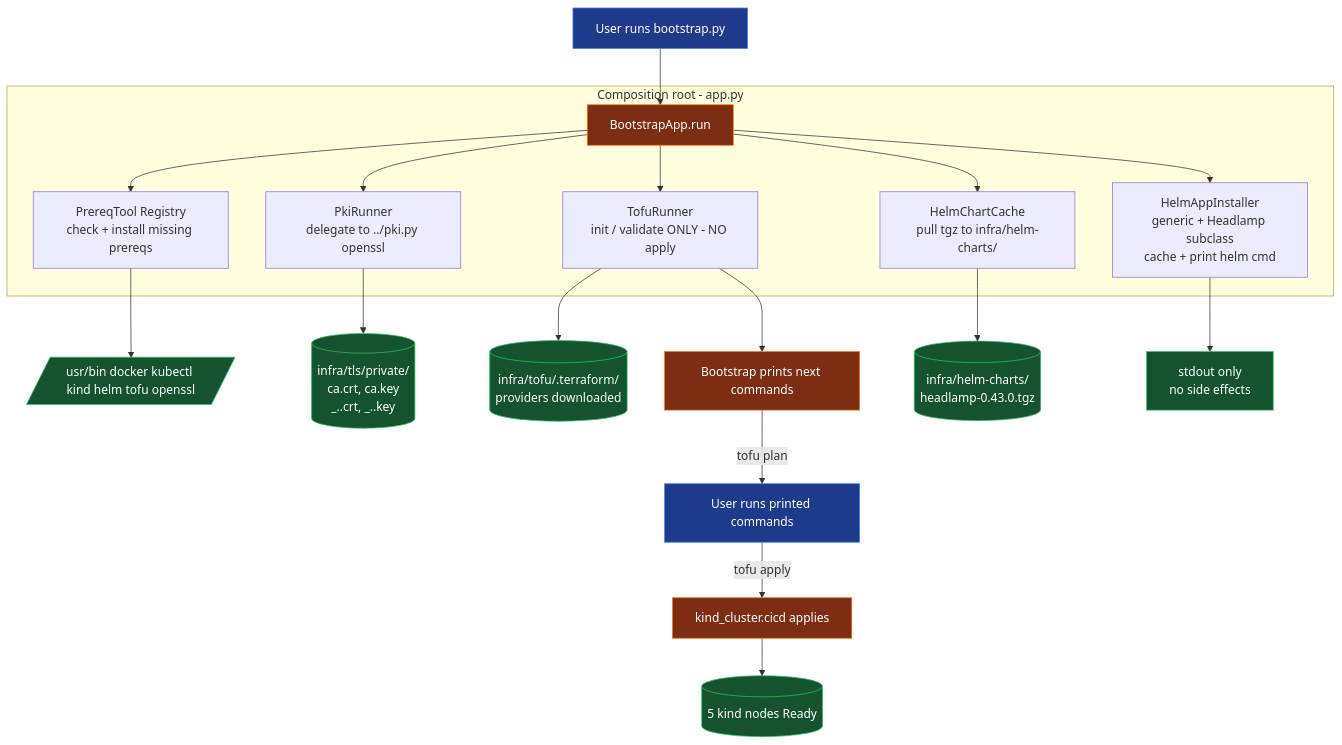
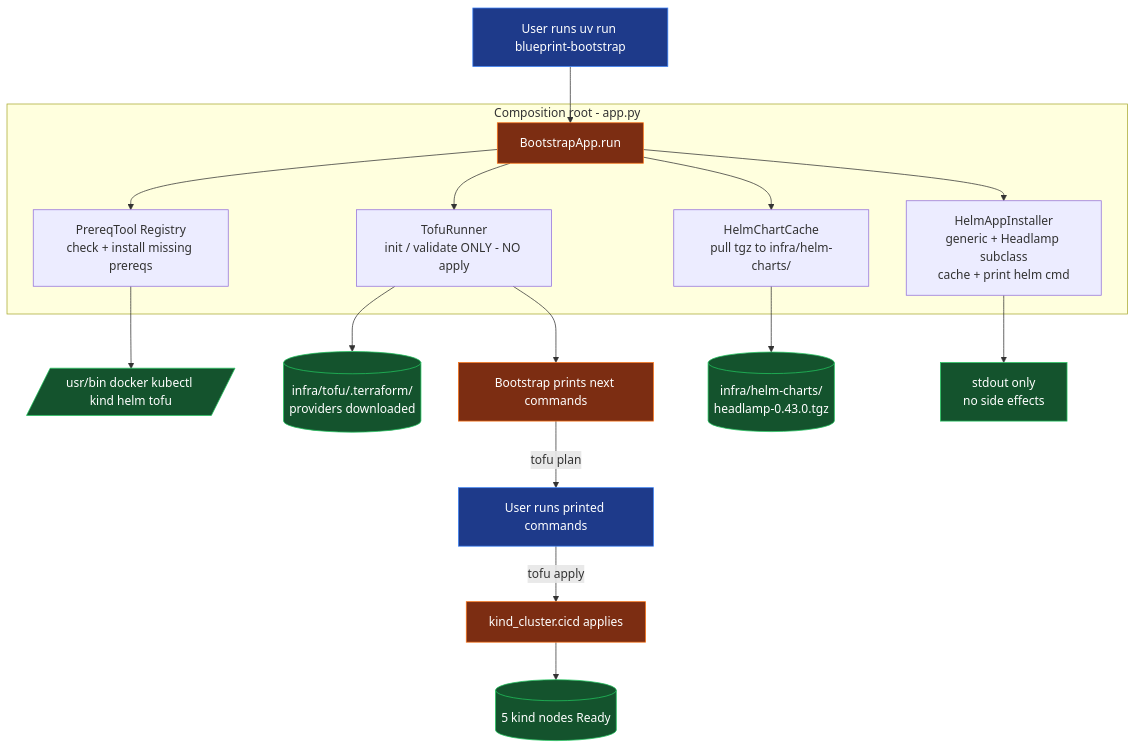
The diagram in AGENTS.md (bruj0/k8s-cicd-gitlab), drawn with Mermaid before and after one commit. The commit also changed other lines of this file and 4 other files, not shown here.

````diff
--- a/AGENTS.md
+++ b/AGENTS.md
@@ -219,31 +235,29 @@
 ```mermaid
 flowchart TD
-    U[User runs bootstrap.py]
+    U[User runs uv run blueprint-bootstrap]
     U --> A[BootstrapApp.run]
 
     subgraph Composition[Composition root - app.py]
         A --> P[PrereqTool Registry<br/>check + install missing prereqs]
-        A --> K[PkiRunner<br/>delegate to ../pki.py openssl]
         A --> T[TofuRunner<br/>init / validate ONLY - NO apply]
         A --> H[HelmChartCache<br/>pull tgz to infra/helm-charts/]
         A --> L[HelmAppInstaller<br/>generic + Headlamp subclass<br/>cache + print helm cmd]
     end
 
-    P --> O[/usr/bin docker kubectl kind helm tofu openssl/]
-    K --> TLS[(infra/tls/private/<br/>ca.crt, ca.key<br/>_.<domain>.crt, _.<domain>.key)]
+    P --> O[/usr/bin docker kubectl kind helm tofu/]
     T --> TF[(infra/tofu/.terraform/<br/>providers downloaded)]
     H --> HC[(infra/helm-charts/<br/>headlamp-0.43.0.tgz)]
     L --> STDOUT[stdout only<br/>no side effects]
 
     T --> N[Bootstrap prints next commands]
     N -->|tofu plan| USER2[User runs printed commands]
     USER2 -->|tofu apply| KIND[kind_cluster.cicd applies]
     KIND --> NODES[(5 kind nodes Ready)]
 
     classDef user fill:#1e3a8a,stroke:#3b82f6,color:#fff;
     classDef runner fill:#7c2d12,stroke:#f97316,color:#fff;
     classDef storage fill:#14532d,stroke:#22c55e,color:#fff;
     class U,USER2 user;
     class A,N,KIND runner;
     class O,TLS,TF,HC,STDOUT,NODES storage;
 ```
````
